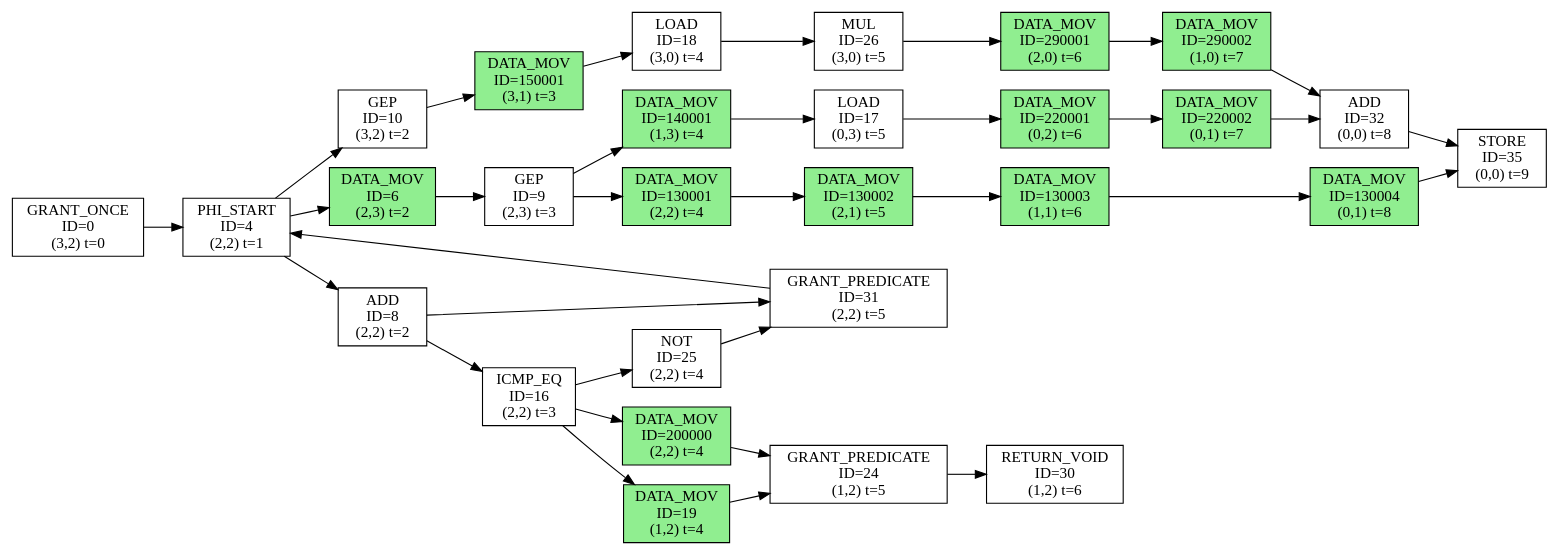
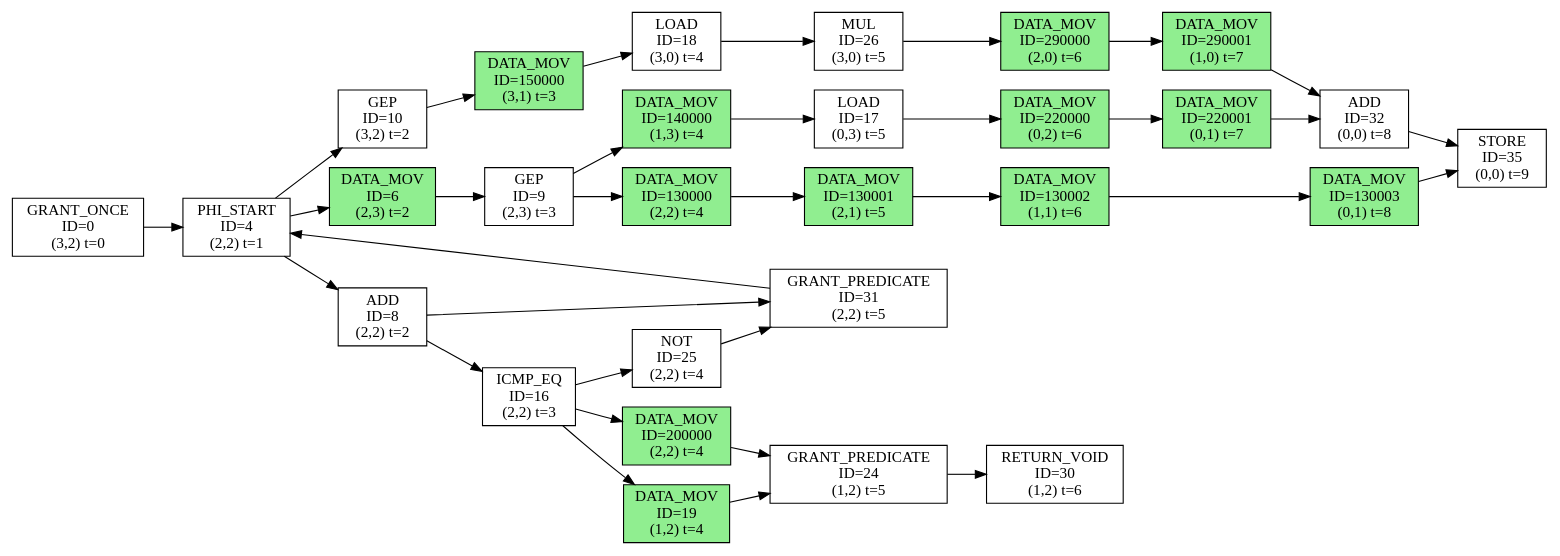
Before and after one commit to sarchlab/Zeonica_Testbench: the diagram in kernel/axpy/tmp-generated-dfg.dot, drawn with Graphviz. The commit also changed 33 other files, not shown here.

```diff
--- a/kernel/axpy/tmp-generated-dfg.dot
+++ b/kernel/axpy/tmp-generated-dfg.dot
@@ -1,64 +1,64 @@
 digraph DFG {
   rankdir=LR;
   node [shape=box, style=filled];
   n0 [label="GRANT_ONCE\nID=0\n(3,2) t=0", fillcolor=white];
   n4 [label="PHI_START\nID=4\n(2,2) t=1", fillcolor=white];
   n6 [label="DATA_MOV\nID=6\n(2,3) t=2", fillcolor=lightgreen];
   n8 [label="ADD\nID=8\n(2,2) t=2", fillcolor=white];
   n9 [label="GEP\nID=9\n(2,3) t=3", fillcolor=white];
   n10 [label="GEP\nID=10\n(3,2) t=2", fillcolor=white];
   n16 [label="ICMP_EQ\nID=16\n(2,2) t=3", fillcolor=white];
   n17 [label="LOAD\nID=17\n(0,3) t=5", fillcolor=white];
   n18 [label="LOAD\nID=18\n(3,0) t=4", fillcolor=white];
   n19 [label="DATA_MOV\nID=19\n(1,2) t=4", fillcolor=lightgreen];
   n24 [label="GRANT_PREDICATE\nID=24\n(1,2) t=5", fillcolor=white];
   n25 [label="NOT\nID=25\n(2,2) t=4", fillcolor=white];
   n26 [label="MUL\nID=26\n(3,0) t=5", fillcolor=white];
   n30 [label="RETURN_VOID\nID=30\n(1,2) t=6", fillcolor=white];
   n31 [label="GRANT_PREDICATE\nID=31\n(2,2) t=5", fillcolor=white];
   n32 [label="ADD\nID=32\n(0,0) t=8", fillcolor=white];
   n35 [label="STORE\nID=35\n(0,0) t=9", fillcolor=white];
-  n130001 [label="DATA_MOV\nID=130001\n(2,2) t=4", fillcolor=lightgreen];
-  n130002 [label="DATA_MOV\nID=130002\n(2,1) t=5", fillcolor=lightgreen];
-  n130003 [label="DATA_MOV\nID=130003\n(1,1) t=6", fillcolor=lightgreen];
-  n130004 [label="DATA_MOV\nID=130004\n(0,1) t=8", fillcolor=lightgreen];
-  n140001 [label="DATA_MOV\nID=140001\n(1,3) t=4", fillcolor=lightgreen];
-  n150001 [label="DATA_MOV\nID=150001\n(3,1) t=3", fillcolor=lightgreen];
+  n130000 [label="DATA_MOV\nID=130000\n(2,2) t=4", fillcolor=lightgreen];
+  n130001 [label="DATA_MOV\nID=130001\n(2,1) t=5", fillcolor=lightgreen];
+  n130002 [label="DATA_MOV\nID=130002\n(1,1) t=6", fillcolor=lightgreen];
+  n130003 [label="DATA_MOV\nID=130003\n(0,1) t=8", fillcolor=lightgreen];
+  n140000 [label="DATA_MOV\nID=140000\n(1,3) t=4", fillcolor=lightgreen];
+  n150000 [label="DATA_MOV\nID=150000\n(3,1) t=3", fillcolor=lightgreen];
   n200000 [label="DATA_MOV\nID=200000\n(2,2) t=4", fillcolor=lightgreen];
-  n220001 [label="DATA_MOV\nID=220001\n(0,2) t=6", fillcolor=lightgreen];
-  n220002 [label="DATA_MOV\nID=220002\n(0,1) t=7", fillcolor=lightgreen];
-  n290001 [label="DATA_MOV\nID=290001\n(2,0) t=6", fillcolor=lightgreen];
-  n290002 [label="DATA_MOV\nID=290002\n(1,0) t=7", fillcolor=lightgreen];
+  n220000 [label="DATA_MOV\nID=220000\n(0,2) t=6", fillcolor=lightgreen];
+  n220001 [label="DATA_MOV\nID=220001\n(0,1) t=7", fillcolor=lightgreen];
+  n290000 [label="DATA_MOV\nID=290000\n(2,0) t=6", fillcolor=lightgreen];
+  n290001 [label="DATA_MOV\nID=290001\n(1,0) t=7", fillcolor=lightgreen];
   n4 -> n6;
   n6 -> n9;
   n16 -> n19;
   n19 -> n24;
-  n10 -> n150001;
-  n9 -> n140001;
-  n26 -> n290001;
-  n290001 -> n290002;
-  n17 -> n220001;
-  n220001 -> n220002;
-  n9 -> n130001;
+  n10 -> n150000;
+  n9 -> n140000;
+  n26 -> n290000;
+  n290000 -> n290001;
+  n17 -> n220000;
+  n220000 -> n220001;
+  n9 -> n130000;
+  n130000 -> n130001;
   n130001 -> n130002;
   n130002 -> n130003;
-  n130003 -> n130004;
   n16 -> n200000;
   n31 -> n4;
-  n290002 -> n32;
+  n290001 -> n32;
   n25 -> n31;
   n0 -> n4;
   n32 -> n35;
   n4 -> n8;
   n4 -> n10;
   n200000 -> n24;
   n8 -> n31;
   n8 -> n16;
-  n130004 -> n35;
-  n140001 -> n17;
+  n130003 -> n35;
+  n140000 -> n17;
   n24 -> n30;
-  n150001 -> n18;
+  n150000 -> n18;
   n16 -> n25;
-  n220002 -> n32;
+  n220001 -> n32;
   n18 -> n26;
 }
```
